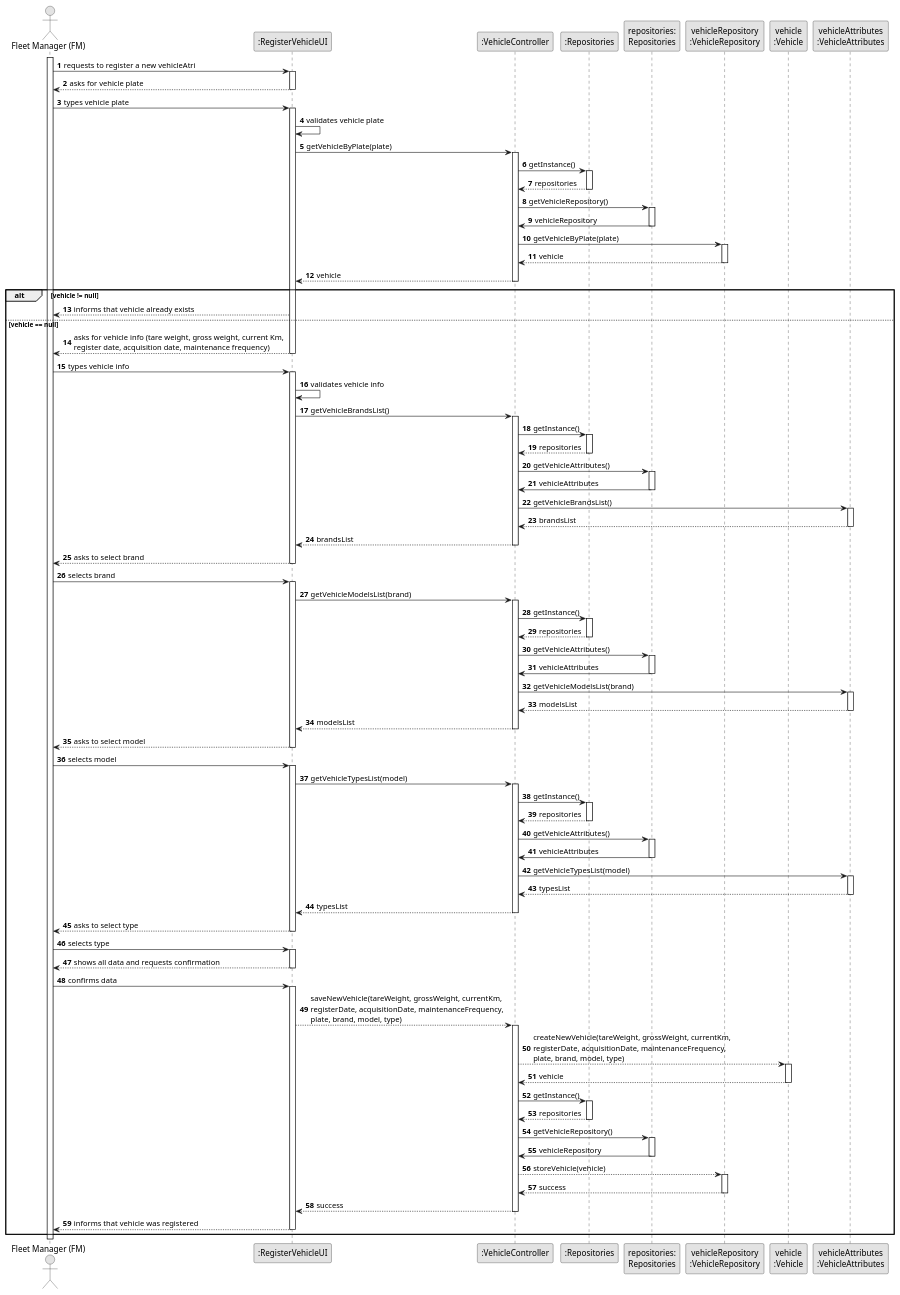
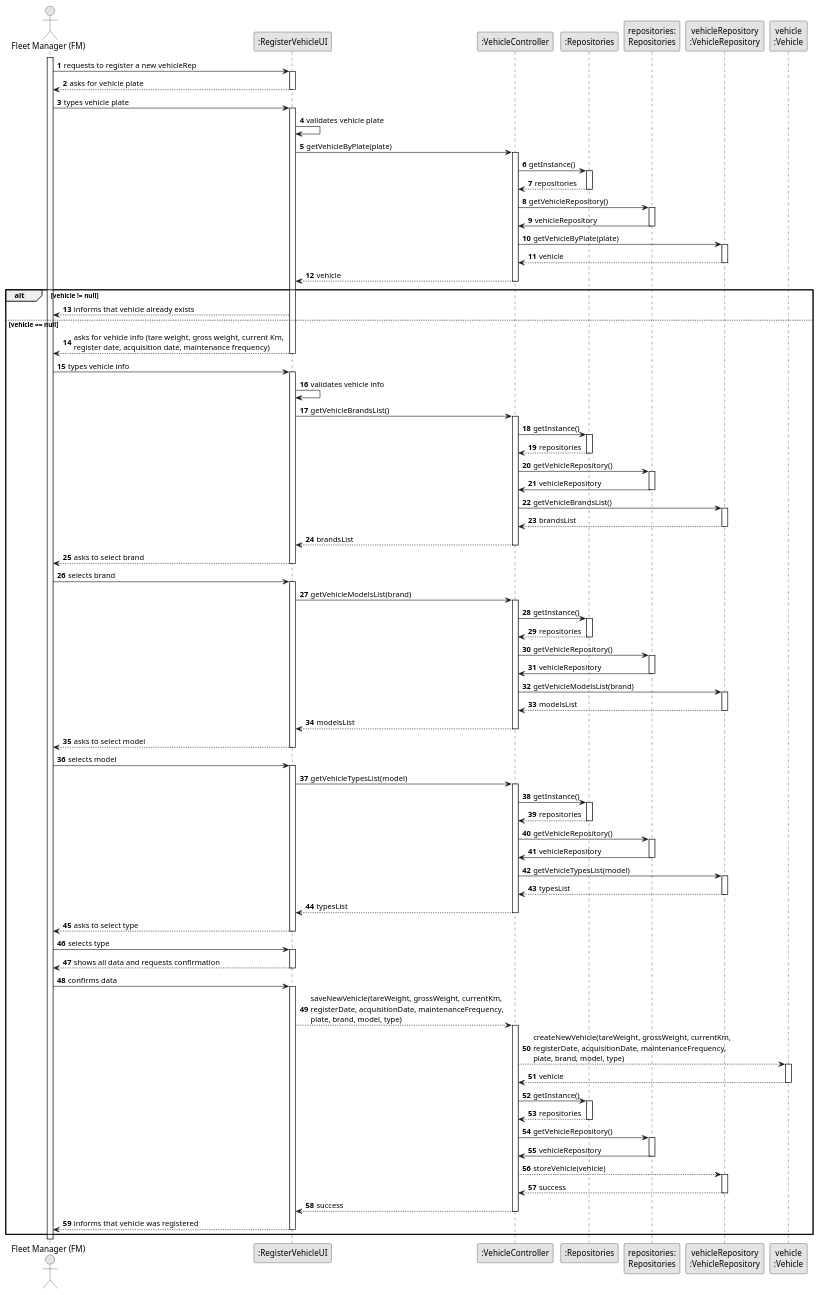
One commit to RicardoMorim/lapr2-ISEP-Project changed the diagram in docs/sprintB/us006/03.design/puml/us006-sequence-diagram-full.puml. Above: the diagram before and after it, drawn with PlantUML. The commit also changed 4 other files, not shown here.

```diff
--- a/docs/sprintB/us006/03.design/puml/us006-sequence-diagram-full.puml
+++ b/docs/sprintB/us006/03.design/puml/us006-sequence-diagram-full.puml
@@ -1,158 +1,158 @@
 @startuml
 skinparam monochrome true
 skinparam packageStyle rectangle
 skinparam shadowing false
 
 autonumber
 
 'hide footbox
 actor "Fleet Manager (FM)" as FM
 participant ":RegisterVehicleUI" as UI
 participant ":VehicleController" as CTRL
 participant ":Repositories" as RepositorySingleton
 participant "repositories:\nRepositories" as PLAT
 participant "vehicleRepository\n:VehicleRepository" as vehicleRep
 participant "vehicle\n:Vehicle" as vehicle
-participant "vehicleAttributes\n:VehicleAttributes" as vehicleAtri
+
 
 activate FM
 
-        FM -> UI : requests to register a new vehicleAtri
+        FM -> UI : requests to register a new vehicleRep
         activate UI
 
         UI --> FM : asks for vehicle plate
 
         deactivate UI
         FM -> UI : types vehicle plate
         activate UI
         UI -> UI : validates vehicle plate
 '            UI --> ADM : requests data (reference, description,  informal \n description, technical description, duration, cost)
             UI -> CTRL : getVehicleByPlate(plate)
             activate CTRL
             CTRL -> RepositorySingleton : getInstance()
                                         activate RepositorySingleton
 
                                             RepositorySingleton --> CTRL: repositories
                                         deactivate RepositorySingleton
 
                                         CTRL -> PLAT : getVehicleRepository()
                                         activate PLAT
 
                                             PLAT -> CTRL : vehicleRepository
                                         deactivate PLAT
             CTRL -> vehicleRep : getVehicleByPlate(plate)
             activate vehicleRep
 
             vehicleRep --> CTRL : vehicle
             deactivate vehicleRep
             CTRL --> UI : vehicle
             deactivate CTRL
         alt vehicle != null
         UI --> FM : informs that vehicle already exists
         else vehicle == null
         UI --> FM : asks for vehicle info (tare weight, gross weight, current Km, \nregister date, acquisition date, maintenance frequency)
         deactivate UI
         FM -> UI : types vehicle info
         activate UI
         UI -> UI : validates vehicle info
         UI -> CTRL : getVehicleBrandsList()
         activate CTRL
         CTRL -> RepositorySingleton : getInstance()
                                     activate RepositorySingleton
 
                                         RepositorySingleton --> CTRL: repositories
                                     deactivate RepositorySingleton
 
-                                    CTRL -> PLAT : getVehicleAttributes()
+                                    CTRL -> PLAT : getVehicleRepository()
                                     activate PLAT
 
-                                        PLAT -> CTRL : vehicleAttributes
+                                        PLAT -> CTRL : vehicleRepository
                                     deactivate PLAT
-        CTRL -> vehicleAtri : getVehicleBrandsList()
-        activate vehicleAtri
+        CTRL -> vehicleRep : getVehicleBrandsList()
+        activate vehicleRep
 
-        vehicleAtri --> CTRL : brandsList
-        deactivate vehicleAtri
+        vehicleRep --> CTRL : brandsList
+        deactivate vehicleRep
         CTRL --> UI : brandsList
         deactivate CTRL
         UI --> FM : asks to select brand
         deactivate UI
         FM -> UI : selects brand
         activate UI
         UI -> CTRL : getVehicleModelsList(brand)
         activate CTRL
         CTRL -> RepositorySingleton : getInstance()
                                     activate RepositorySingleton
 
                                         RepositorySingleton --> CTRL: repositories
                                     deactivate RepositorySingleton
 
-                                    CTRL -> PLAT : getVehicleAttributes()
+                                    CTRL -> PLAT : getVehicleRepository()
                                     activate PLAT
 
-                                        PLAT -> CTRL : vehicleAttributes
+                                        PLAT -> CTRL : vehicleRepository
                                     deactivate PLAT
-        CTRL -> vehicleAtri : getVehicleModelsList(brand)
-        activate vehicleAtri
-        vehicleAtri --> CTRL : modelsList
-        deactivate vehicleAtri
+        CTRL -> vehicleRep : getVehicleModelsList(brand)
+        activate vehicleRep
+        vehicleRep --> CTRL : modelsList
+        deactivate vehicleRep
         CTRL --> UI : modelsList
         deactivate CTRL
         UI --> FM : asks to select model
         deactivate UI
         FM -> UI : selects model
         activate UI
         UI -> CTRL : getVehicleTypesList(model)
         activate CTRL
         CTRL -> RepositorySingleton : getInstance()
                                     activate RepositorySingleton
 
                                         RepositorySingleton --> CTRL: repositories
                                     deactivate RepositorySingleton
 
-                                    CTRL -> PLAT : getVehicleAttributes()
+                                    CTRL -> PLAT : getVehicleRepository()
                                     activate PLAT
 
-                                        PLAT -> CTRL : vehicleAttributes
+                                        PLAT -> CTRL : vehicleRepository
                                     deactivate PLAT
-        CTRL -> vehicleAtri : getVehicleTypesList(model)
-        activate vehicleAtri
-        vehicleAtri --> CTRL : typesList
-        deactivate vehicleAtri
+        CTRL -> vehicleRep : getVehicleTypesList(model)
+        activate vehicleRep
+        vehicleRep --> CTRL : typesList
+        deactivate vehicleRep
         CTRL --> UI : typesList
         deactivate CTRL
         UI --> FM : asks to select type
         deactivate UI
         FM -> UI : selects type
         activate UI
         UI --> FM : shows all data and requests confirmation
         deactivate UI
         FM -> UI : confirms data
         activate UI
         UI --> CTRL : saveNewVehicle(tareWeight, grossWeight, currentKm, \nregisterDate, acquisitionDate, maintenanceFrequency, \nplate, brand, model, type)
         activate CTRL
         CTRL --> vehicle : createNewVehicle(tareWeight, grossWeight, currentKm, \nregisterDate, acquisitionDate, maintenanceFrequency, \nplate, brand, model, type)
         activate vehicle
         vehicle --> CTRL : vehicle
         deactivate vehicle
         CTRL -> RepositorySingleton : getInstance()
                                     activate RepositorySingleton
 
                                         RepositorySingleton --> CTRL: repositories
                                     deactivate RepositorySingleton
 
                                     CTRL -> PLAT : getVehicleRepository()
                                     activate PLAT
 
                                         PLAT -> CTRL : vehicleRepository
                                     deactivate PLAT
         CTRL --> vehicleRep : storeVehicle(vehicle)
         activate vehicleRep
         vehicleRep --> CTRL : success
         deactivate vehicleRep
         CTRL --> UI : success
         deactivate CTRL
         UI --> FM : informs that vehicle was registered
         deactivate UI
 end
 @enduml
```
